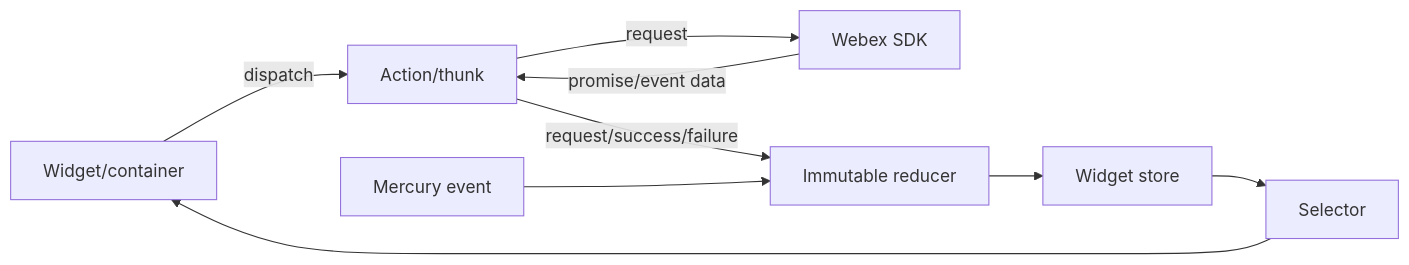
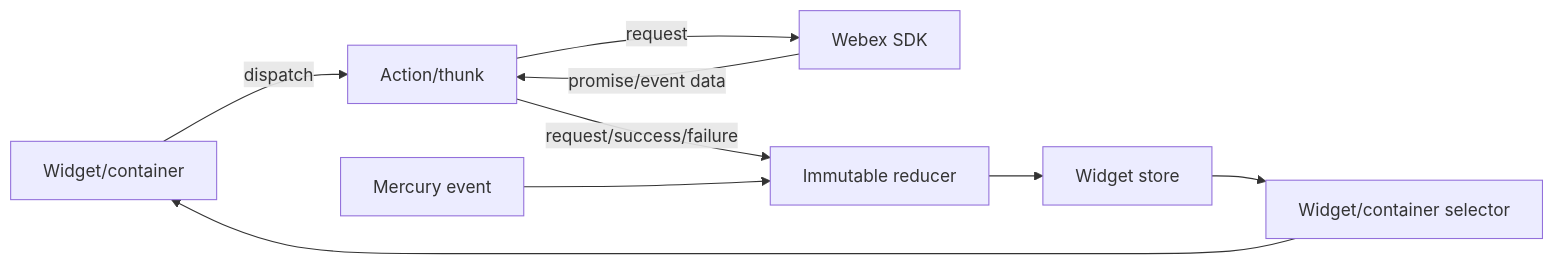
The first of 4 diagrams in ai-docs/modules/state-management-spec.md (webex/react-widgets), drawn with Mermaid before and after one commit. The commit also changed other lines of this file and 5 other files, not shown here.

````diff
--- a/ai-docs/modules/state-management-spec.md
+++ b/ai-docs/modules/state-management-spec.md
@@ -110,11 +109,11 @@
 ```mermaid
 flowchart LR
   UI[Widget/container] -->|dispatch| Thunk[Action/thunk]
   Thunk -->|request| SDK[Webex SDK]
   Thunk -->|request/success/failure| Reducer[Immutable reducer]
   SDK -->|promise/event data| Thunk
   Mercury[Mercury event] --> Reducer
   Reducer --> State[Widget store]
-  State --> Selector[Selector]
+  State --> Selector[Widget/container selector]
   Selector --> UI
 ```
````
